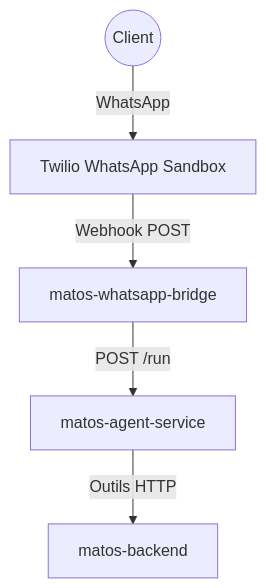
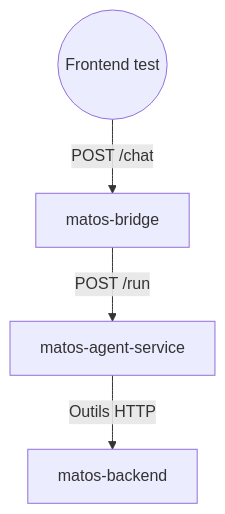
Before and after one commit to marcellintacite/ai-agent-with-adk: the diagram in README.md, drawn with Mermaid. The commit also changed other lines of this file and 16 other files, not shown here.

````diff
--- a/README.md
+++ b/README.md
@@ -21,7 +21,6 @@
 ```mermaid
 graph TD
-    Client((Client)) -->|WhatsApp| Twilio[Twilio WhatsApp Sandbox]
-    Twilio -->|Webhook POST| Bridge[matos-whatsapp-bridge]
+    Client((Frontend test)) -->|POST /chat| Bridge[matos-bridge]
     Bridge -->|POST /run| Agent[matos-agent-service]
     Agent -->|Outils HTTP| Backend[matos-backend]
 ```
````
